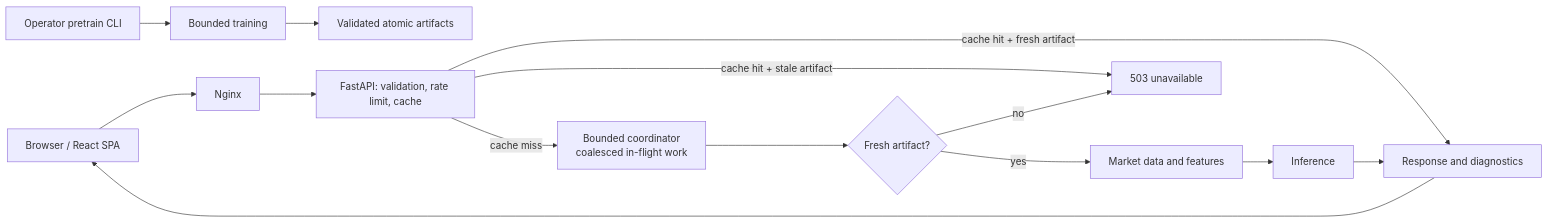
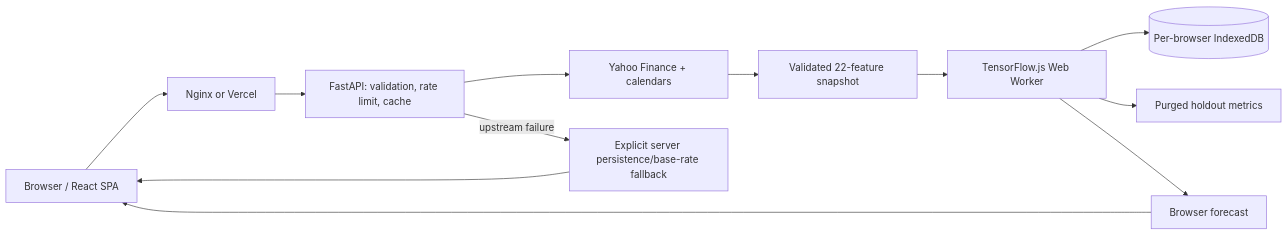
Before and after one commit to AnasBabari/stock-predictor-lstm: the diagram in docs/ARCHITECTURE.md, drawn with Mermaid. The commit also changed other lines of this file and 67 other files, not shown here.

````diff
--- a/docs/ARCHITECTURE.md
+++ b/docs/ARCHITECTURE.md
@@ -7,16 +7,14 @@
 ```mermaid
 flowchart LR
-    operator[Operator pretrain CLI] --> training[Bounded training]
-    training --> artifacts[Validated atomic artifacts]
-    browser[Browser / React SPA] --> nginx[Nginx]
+    browser[Browser / React SPA] --> nginx[Nginx or Vercel]
     nginx --> api[FastAPI: validation, rate limit, cache]
-    api -->|cache hit + fresh artifact| response[Response and diagnostics]
-    api -->|cache hit + stale artifact| unavailable
-    api -->|cache miss| coordinator[Bounded coordinator<br/>coalesced in-flight work]
-    coordinator --> artifact{Fresh artifact?}
-    artifact -->|no| unavailable[503 unavailable]
-    artifact -->|yes| market[Market data and features]
-    market --> inference[Inference]
-    inference --> response
-    response --> browser
+    api --> yahoo[Yahoo Finance + calendars]
+    yahoo --> snapshot[Validated 22-feature snapshot]
+    snapshot --> worker[TensorFlow.js Web Worker]
+    worker --> indexeddb[(Per-browser IndexedDB)]
+    worker --> metrics[Purged holdout metrics]
+    worker --> forecast[Browser forecast]
+    forecast --> browser
+    api -->|upstream failure| fallback[Explicit server persistence/base-rate fallback]
+    fallback --> browser
 ```
````
